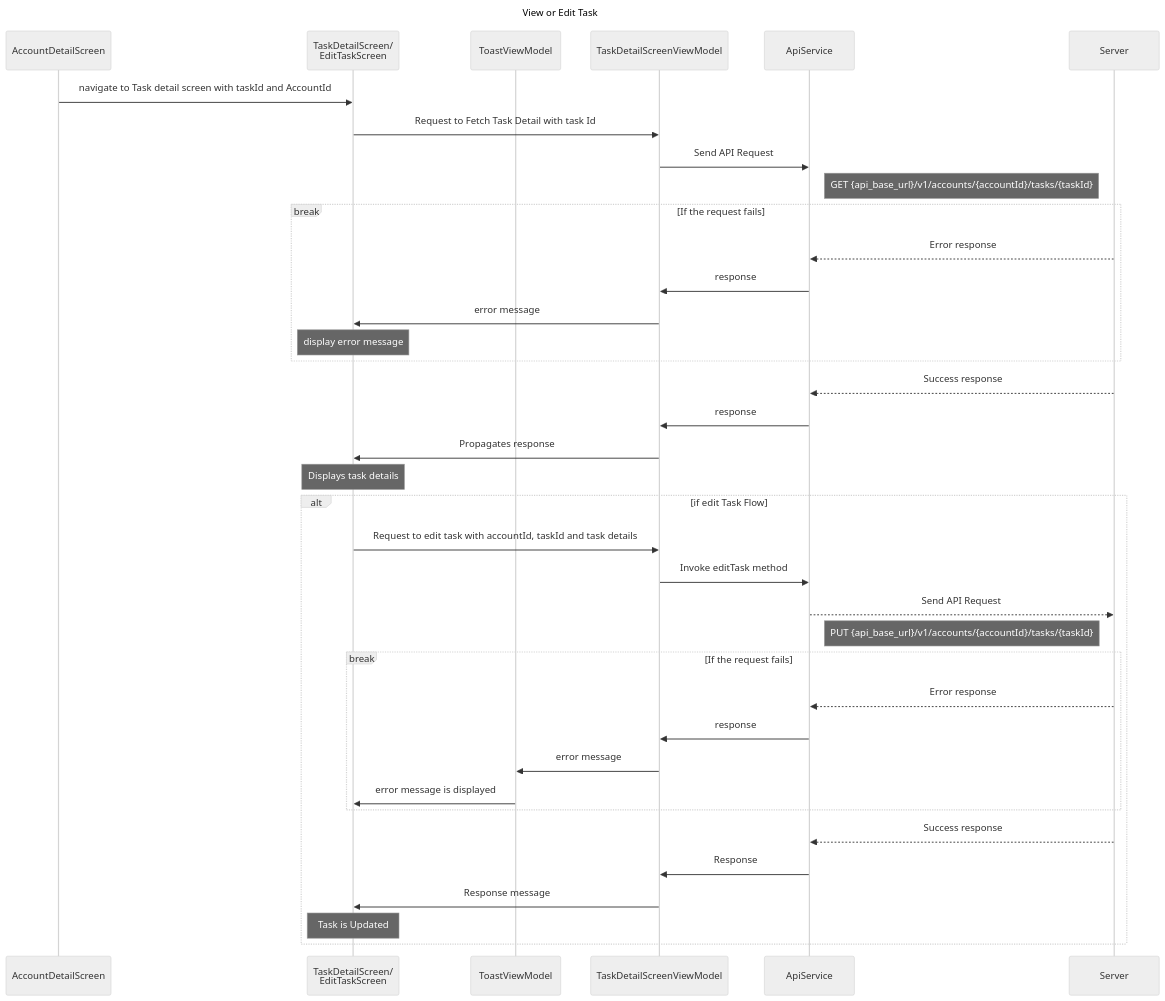
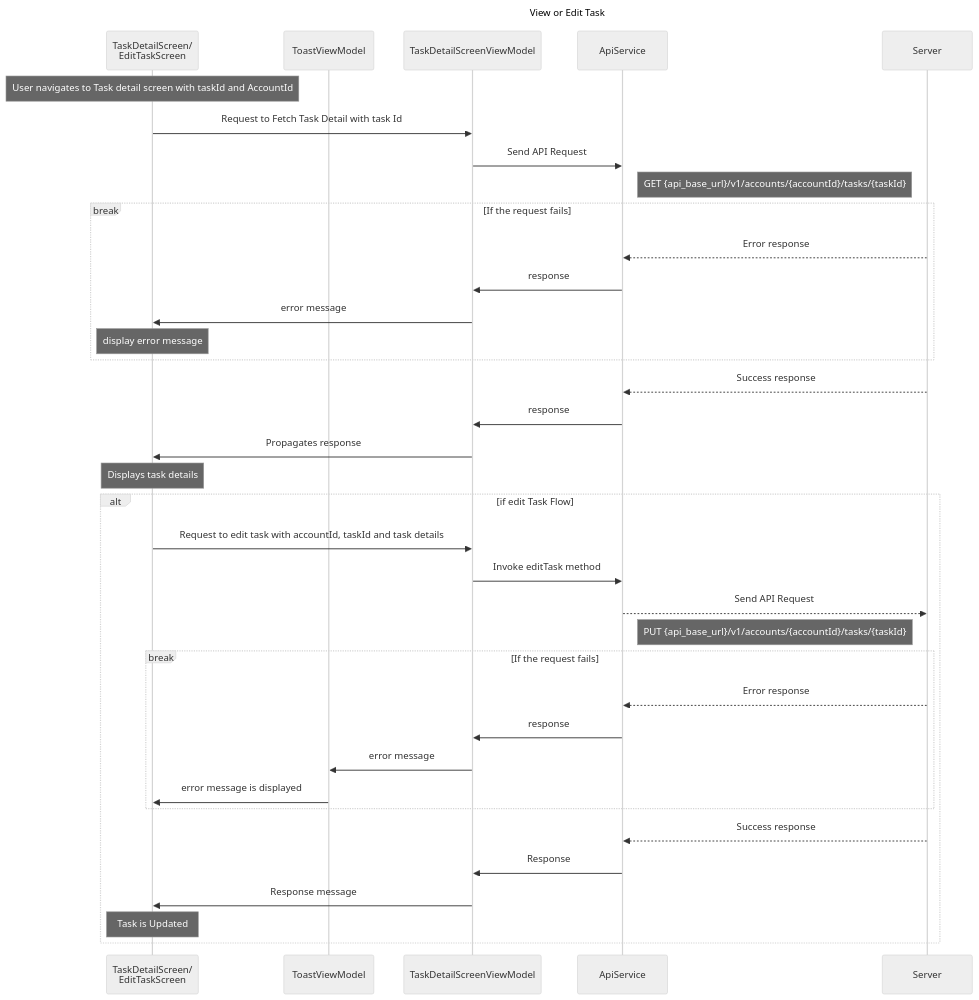
One commit to TrueSparrowSystems/AI-SalesSparrow-Docs changed the diagram in flowDiagrams/IOS/TaskDetailScreen.mermaid. Above: the diagram before and after it, drawn with Mermaid (neutral theme). The commit also changed 3 other files, not shown here.

```diff
--- a/flowDiagrams/IOS/TaskDetailScreen.mermaid
+++ b/flowDiagrams/IOS/TaskDetailScreen.mermaid
@@ -1,45 +1,44 @@
 sequenceDiagram
     title View or Edit Task
 
-    participant ADS as AccountDetailScreen
     participant TDS as TaskDetailScreen/<br>EditTaskScreen
     participant TVM as ToastViewModel
     participant TDSVM as TaskDetailScreenViewModel
     participant AS as ApiService
     participant S as Server
 
-     ADS ->> TDS: navigate to Task detail screen with taskId and AccountId
+        note over TDS: User navigates to Task detail screen with taskId and AccountId
         TDS ->> TDSVM: Request to Fetch Task Detail with task Id
         TDSVM ->> AS: Send API Request
         note right of AS: GET {api_base_url}/v1/accounts/{accountId}/tasks/{taskId}
 
         break If the request fails
             S-->>AS: Error response
             AS->>TDSVM: response
             TDSVM->>TDS: error message
             note over TDS: display error message
         end
 
         S-->>AS: Success response
         AS->>TDSVM: response
         TDSVM->>TDS: Propagates response
         note over TDS: Displays task details
     
     alt if edit Task Flow
         TDS->>TDSVM: Request to edit task with accountId, taskId and task details
         TDSVM->>AS: Invoke editTask method
         AS-->>S: Send API Request
         note right of AS: PUT {api_base_url}/v1/accounts/{accountId}/tasks/{taskId}
 
         break If the request fails
             S-->>AS: Error response
             AS->>TDSVM: response
             TDSVM->>TVM: error message
             TVM->>TDS: error message is displayed
         end
 
         S-->>AS: Success response
         AS->>TDSVM: Response
         TDSVM->>TDS: Response message
         note over TDS: Task is Updated
     end
```
